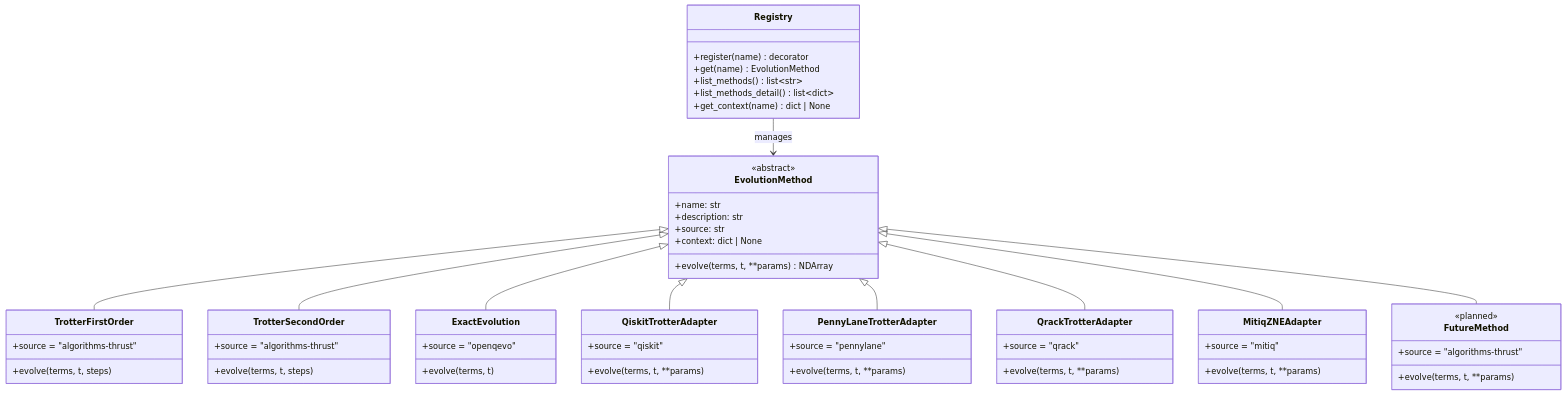
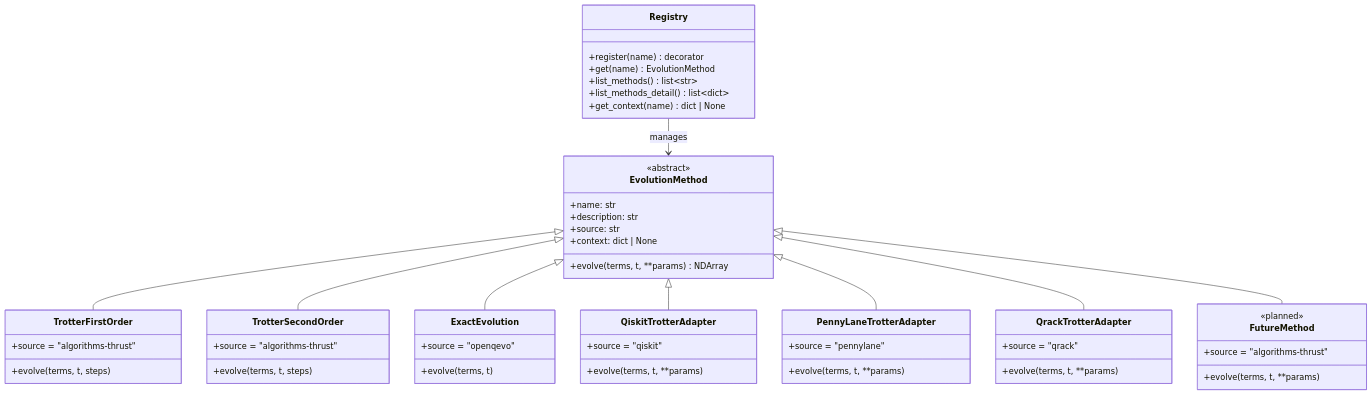
Before and after one commit to QSCSoftwareEcosystem/OpenQEvo: the second of 2 diagrams in docs/architecture.md, drawn with Mermaid. The commit also changed other lines of this file and 2 other files, not shown here.

Commit message:
Update roadmap and docs to reflect completed adapters, remove Mitiq references

````diff
--- a/docs/architecture.md
+++ b/docs/architecture.md
@@ -85,70 +83,64 @@
 ```mermaid
 classDiagram
     class EvolutionMethod {
         <<abstract>>
         +name: str
         +description: str
         +source: str
         +evolve(terms, t, **params) NDArray
         +context: dict | None
     }
 
     class Registry {
         +register(name) decorator
         +get(name) EvolutionMethod
         +list_methods() list~str~
         +list_methods_detail() list~dict~
         +get_context(name) dict | None
     }
 
     class TrotterFirstOrder {
         +source = "algorithms-thrust"
         +evolve(terms, t, steps)
     }
 
     class TrotterSecondOrder {
         +source = "algorithms-thrust"
         +evolve(terms, t, steps)
     }
 
     class ExactEvolution {
         +source = "openqevo"
         +evolve(terms, t)
     }
 
     class QiskitTrotterAdapter {
         +source = "qiskit"
         +evolve(terms, t, **params)
     }
 
     class PennyLaneTrotterAdapter {
         +source = "pennylane"
         +evolve(terms, t, **params)
     }
 
     class QrackTrotterAdapter {
         +source = "qrack"
         +evolve(terms, t, **params)
     }
 
-    class MitiqZNEAdapter {
-        +source = "mitiq"
-        +evolve(terms, t, **params)
-    }
-
     class FutureMethod {
         <<planned>>
         +source = "algorithms-thrust"
         +evolve(terms, t, **params)
     }
 
     EvolutionMethod <|-- TrotterFirstOrder
     EvolutionMethod <|-- TrotterSecondOrder
     EvolutionMethod <|-- ExactEvolution
     EvolutionMethod <|-- QiskitTrotterAdapter
     EvolutionMethod <|-- PennyLaneTrotterAdapter
     EvolutionMethod <|-- QrackTrotterAdapter
-    EvolutionMethod <|-- MitiqZNEAdapter
     EvolutionMethod <|-- FutureMethod
     Registry --> EvolutionMethod : manages
 ```
````
